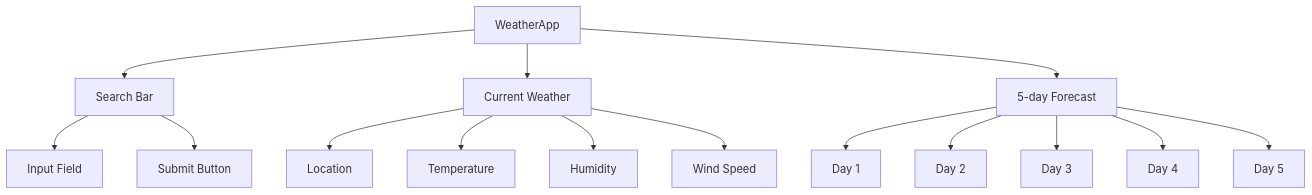
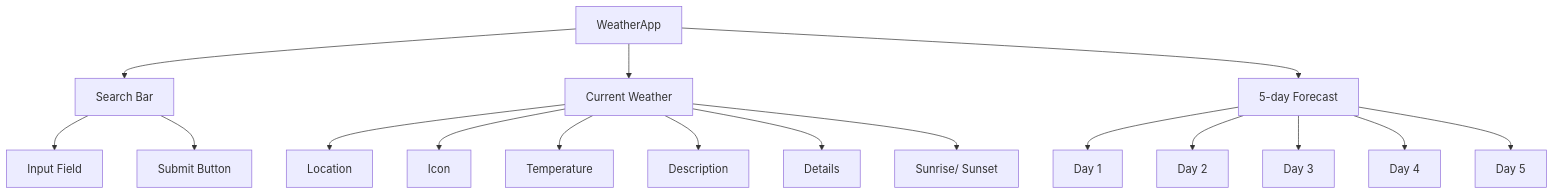
The diagram in README.md (emsmccoy/weatherApp), drawn with Mermaid before and after one commit. The commit also changed other lines of this file, not shown here.

Commit message:
docs: updated component tree to match wireframe

````diff
--- a/README.md
+++ b/README.md
@@ -261,20 +261,23 @@
 ```mermaid
 graph TD
   A[WeatherApp] --> B[Search Bar]
   A --> C[Current Weather]
   A --> D[5-day Forecast]
   
   C --> E[Location]
+  C --> P[Icon]
   C --> F[Temperature]
-  C --> G[Humidity]
-  C --> H[Wind Speed]
+  C --> R[Description]
+  C --> G[Details]
+  C --> Q[Sunrise/ Sunset]
+
   
   D --> I[Day 1]
   D --> J[Day 2]
   D --> K[Day 3]
   D --> L[Day 4]
   D --> M[Day 5]
   
   B --> N[Input Field]
   B --> O[Submit Button]
 ```
````
